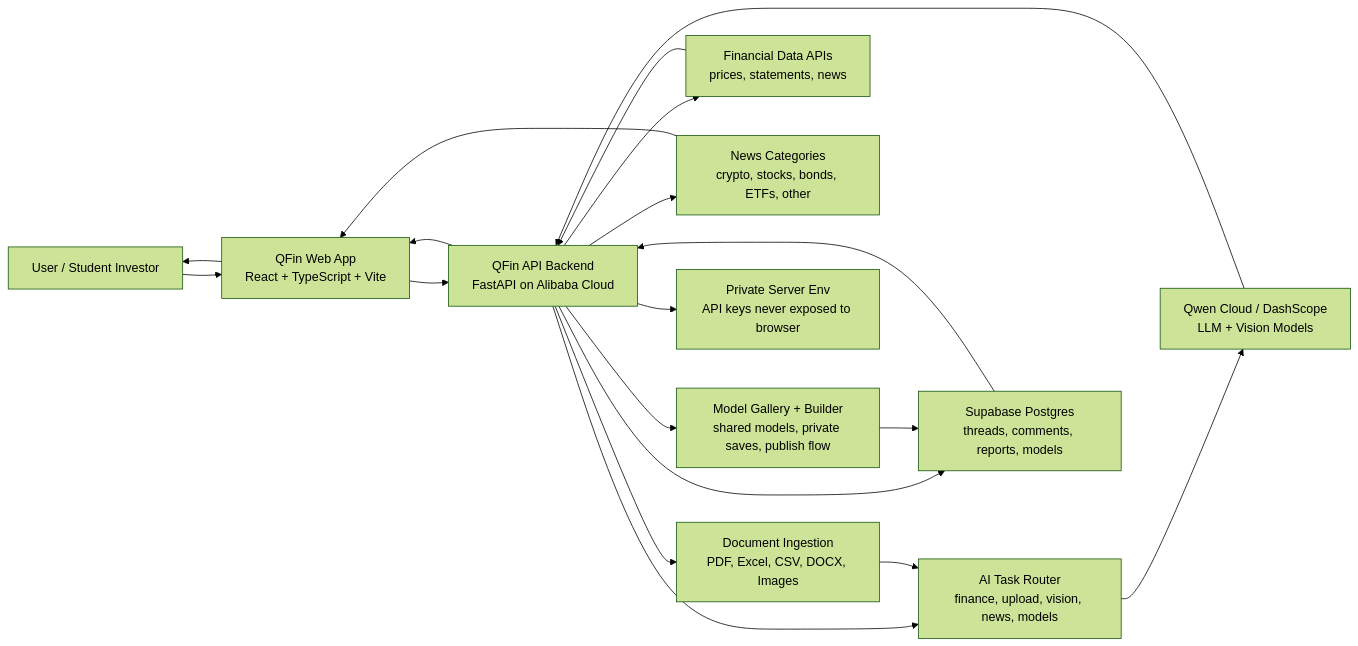
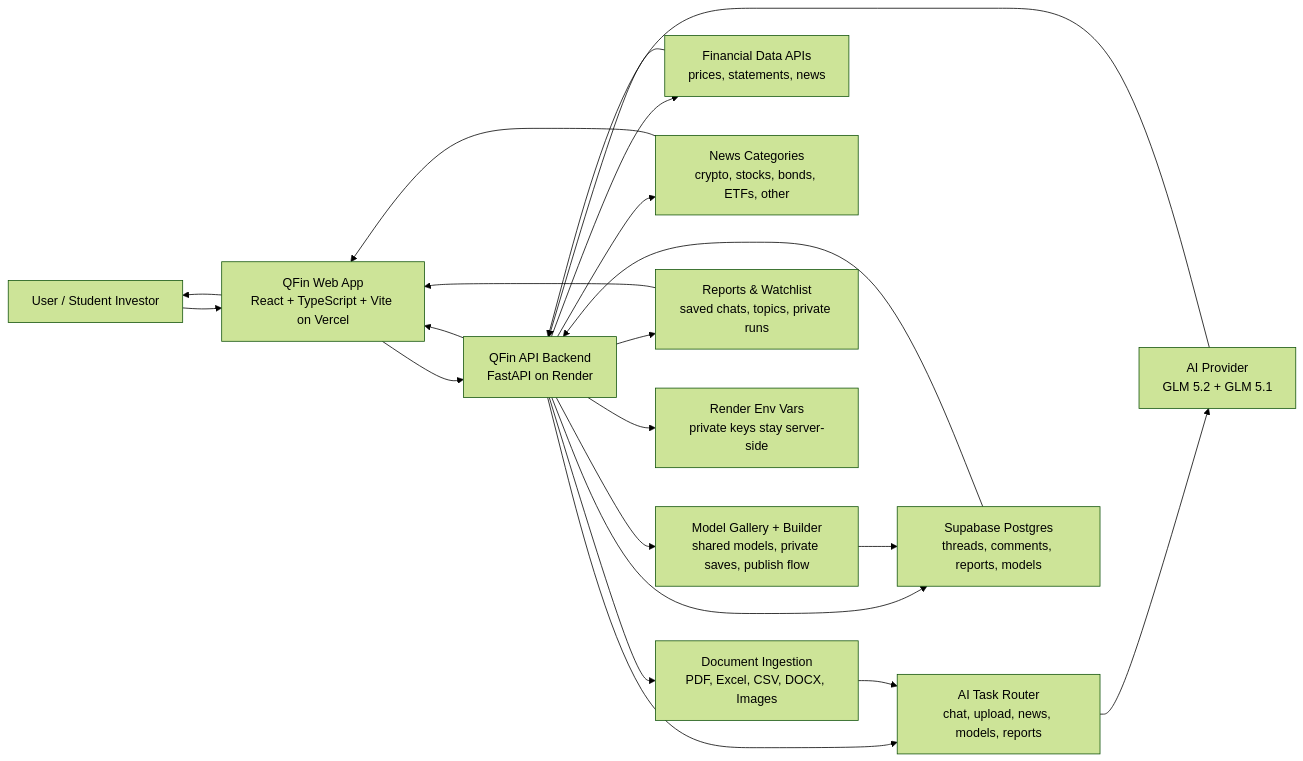
The diagram in docs/HACKATHON_SUBMISSION.md (jamienatorX/QFin-Terminal), drawn with Mermaid (forest theme) before and after one commit. The commit also changed other lines of this file and 17 other files, not shown here.

````diff
--- a/docs/HACKATHON_SUBMISSION.md
+++ b/docs/HACKATHON_SUBMISSION.md
@@ -85,33 +90,36 @@
 ```mermaid
 flowchart LR
     user["User / Student Investor"]
-    browser["QFin Web App<br/>React + TypeScript + Vite"]
-    api["QFin API Backend<br/>FastAPI on Alibaba Cloud"]
-    router["AI Task Router<br/>finance, upload, vision, news, models"]
-    qwen["Qwen Cloud / DashScope<br/>LLM + Vision Models"]
+    browser["QFin Web App<br/>React + TypeScript + Vite on Vercel"]
+    api["QFin API Backend<br/>FastAPI on Render"]
+    router["AI Task Router<br/>chat, upload, news, models, reports"]
+    ai["AI Provider<br/>GLM 5.2 + GLM 5.1"]
     parser["Document Ingestion<br/>PDF, Excel, CSV, DOCX, Images"]
     market["Financial Data APIs<br/>prices, statements, news"]
     news["News Categories<br/>crypto, stocks, bonds, ETFs, other"]
     models["Model Gallery + Builder<br/>shared models, private saves, publish flow"]
+    shelf["Reports & Watchlist<br/>saved chats, topics, private runs"]
     db["Supabase Postgres<br/>threads, comments, reports, models"]
-    storage["Private Server Env<br/>API keys never exposed to browser"]
+    secrets["Render Env Vars<br/>private keys stay server-side"]
 
     user --> browser
     browser --> api
     api --> router
     api --> parser
-    router --> qwen
+    router --> ai
     api --> market
     api --> news
     api --> models
+    api --> shelf
     api --> db
-    api --> storage
+    api --> secrets
     parser --> router
-    qwen --> api
+    ai --> api
     market --> api
     news --> browser
     models --> db
+    shelf --> browser
     db --> api
     api --> browser
     browser --> user
 ```
````
